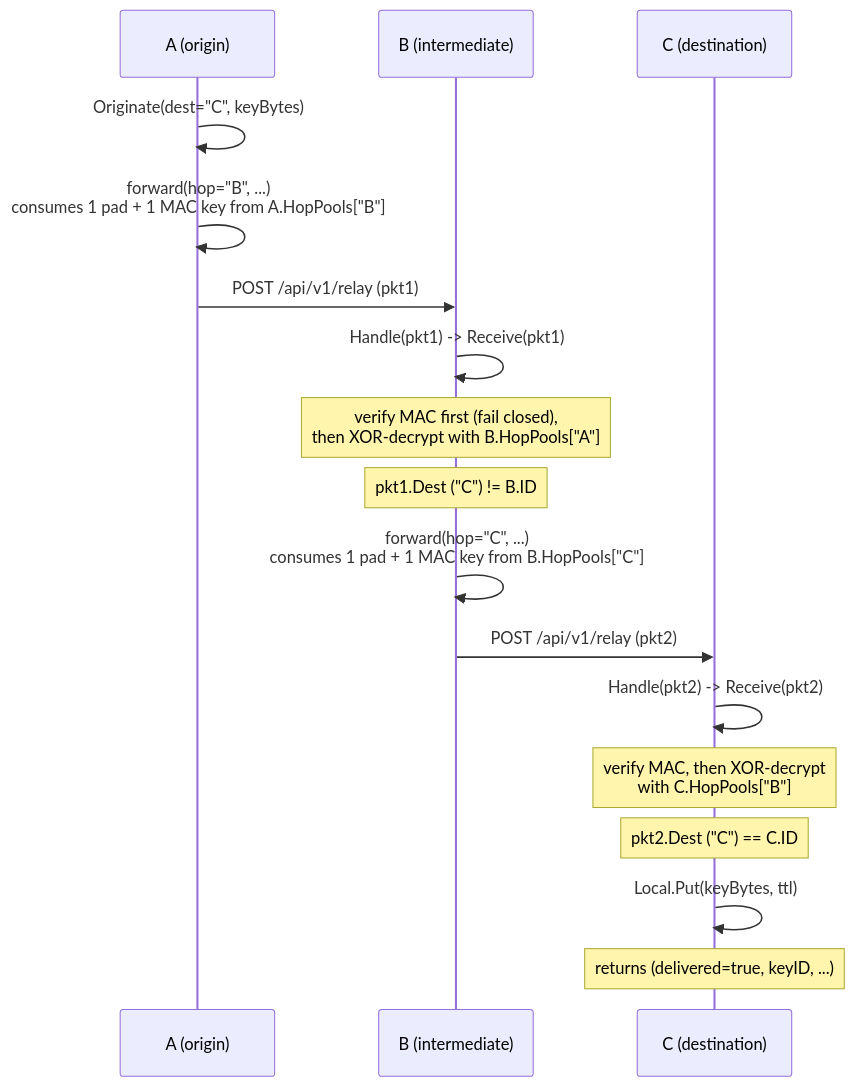
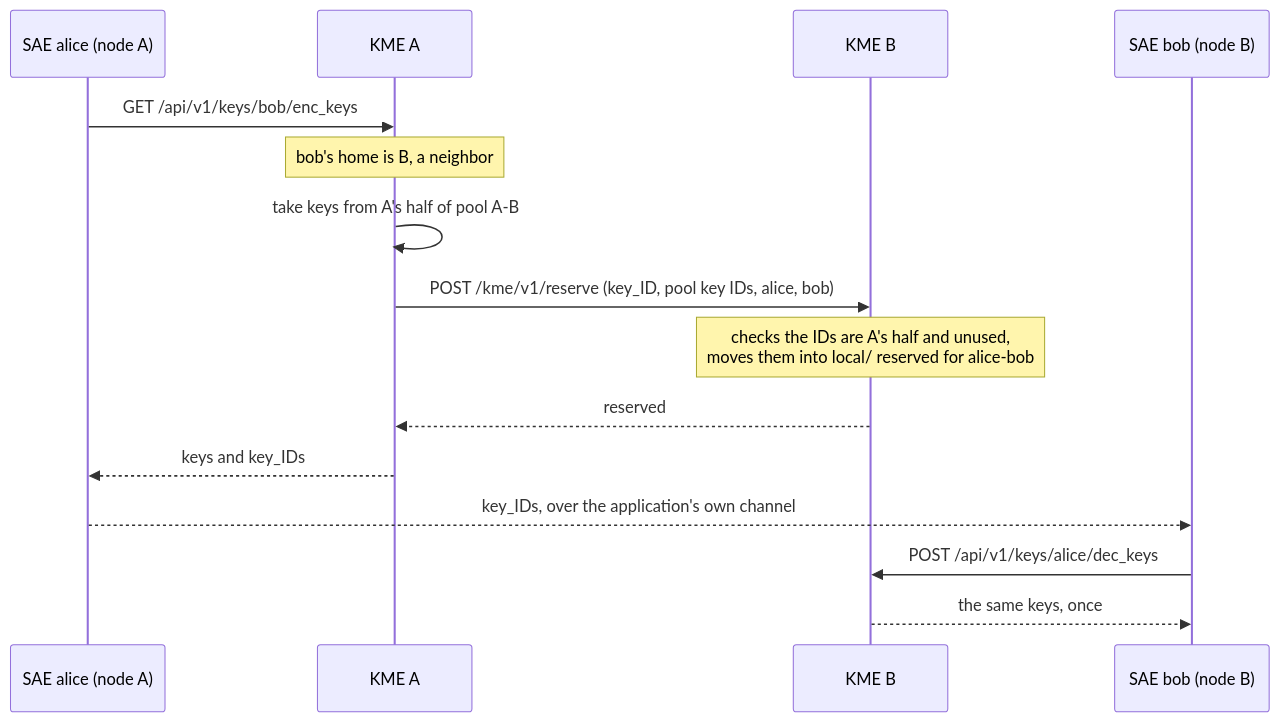
One commit to werefin/qkd_post_processing changed the second of 2 diagrams in doc/architecture.md. Above: the diagram before and after it, drawn with Mermaid. The commit also changed other lines of this file and 74 other files, not shown here.

Commit message:
Add KMS,  live coincidence-peak tracking, evaluation tool with figure reports

````diff
--- a/doc/architecture.md
+++ b/doc/architecture.md
@@ -612,20 +347,17 @@
 ```mermaid
 sequenceDiagram
-    participant A as A (origin)
-    participant B as B (intermediate)
-    participant C as C (destination)
-
-    A->>A: Originate(dest="C", keyBytes)
-    A->>A: forward(hop="B", ...)<br/>consumes 1 pad + 1 MAC key from A.HopPools["B"]
-    A->>B: POST /api/v1/relay (pkt1)
-    B->>B: Handle(pkt1) -> Receive(pkt1)
-    Note over B: verify MAC first (fail closed),<br/>then XOR-decrypt with B.HopPools["A"]
-    Note over B: pkt1.Dest ("C") != B.ID
-    B->>B: forward(hop="C", ...)<br/>consumes 1 pad + 1 MAC key from B.HopPools["C"]
-    B->>C: POST /api/v1/relay (pkt2)
-    C->>C: Handle(pkt2) -> Receive(pkt2)
-    Note over C: verify MAC, then XOR-decrypt<br/>with C.HopPools["B"]
-    Note over C: pkt2.Dest ("C") == C.ID
-    C->>C: Local.Put(keyBytes, ttl)
-    Note over C: returns (delivered=true, keyID, ...)
+    participant S1 as SAE alice (node A)
+    participant A as KME A
+    participant B as KME B
+    participant S2 as SAE bob (node B)
+    S1->>A: GET /api/v1/keys/bob/enc_keys
+    Note over A: bob's home is B, a neighbor
+    A->>A: take keys from A's half of pool A-B
+    A->>B: POST /kme/v1/reserve (key_ID, pool key IDs, alice, bob)
+    Note over B: checks the IDs are A's half and unused,<br/>moves them into local/ reserved for alice-bob
+    B-->>A: reserved
+    A-->>S1: keys and key_IDs
+    S1-->>S2: key_IDs, over the application's own channel
+    S2->>B: POST /api/v1/keys/alice/dec_keys
+    B-->>S2: the same keys, once
 ```
````
